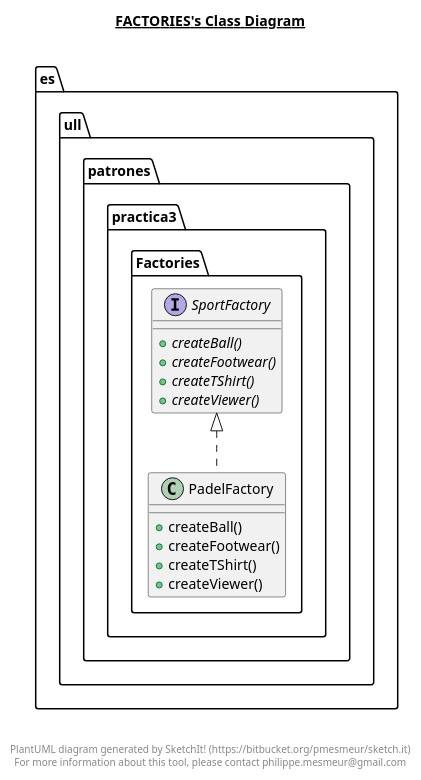
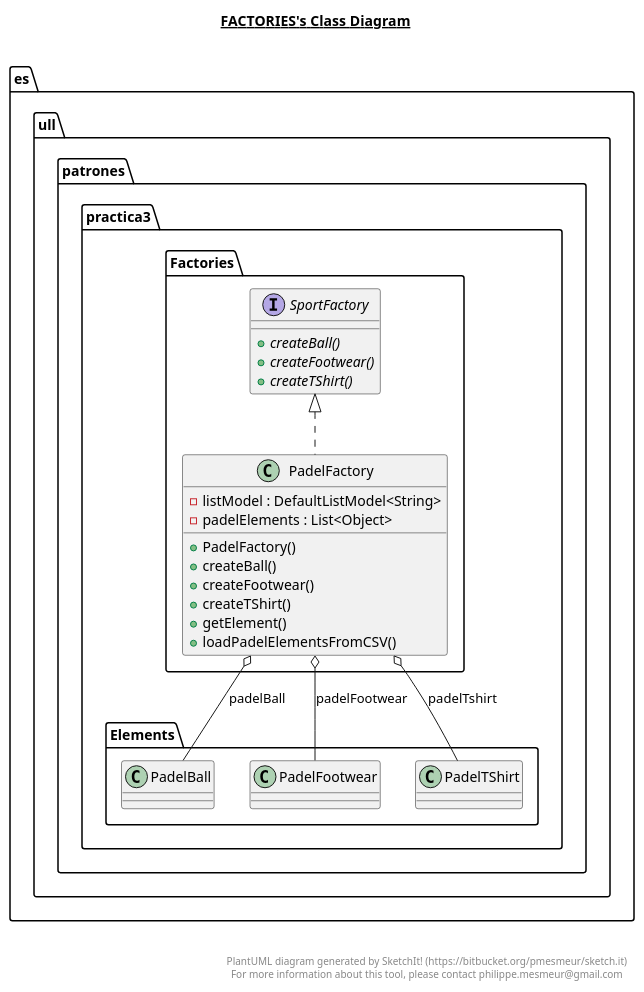
The diagram in src/main/java/es/ull/patrones/practica3/Factories/Factories.plantuml (garciarodrigo99/AbstractFactory), drawn with PlantUML before and after one commit. The commit also changed 17 other files, not shown here.

```diff
--- a/src/main/java/es/ull/patrones/practica3/Factories/Factories.plantuml
+++ b/src/main/java/es/ull/patrones/practica3/Factories/Factories.plantuml
@@ -1,39 +1,41 @@
 @startuml
 
 title __FACTORIES's Class Diagram__\n
 
-  namespace es.ull.patrones.practica3 {
-    namespace Factories {
-      class es.ull.patrones.practica3.Factories.PadelFactory {
-          + createBall()
-          + createFootwear()
-          + createTShirt()
-          + createViewer()
-      }
+  namespace es.ull.patrones.practica3.Factories {
+    class es.ull.patrones.practica3.Factories.PadelFactory {
+        - listModel : DefaultListModel<String>
+        - padelElements : List<Object>
+        + PadelFactory()
+        + createBall()
+        + createFootwear()
+        + createTShirt()
+        + getElement()
+        + loadPadelElementsFromCSV()
     }
   }
   
 
-  namespace es.ull.patrones.practica3 {
-    namespace Factories {
-      interface es.ull.patrones.practica3.Factories.SportFactory {
-          {abstract} + createBall()
-          {abstract} + createFootwear()
-          {abstract} + createTShirt()
-          {abstract} + createViewer()
-      }
+  namespace es.ull.patrones.practica3.Factories {
+    interface es.ull.patrones.practica3.Factories.SportFactory {
+        {abstract} + createBall()
+        {abstract} + createFootwear()
+        {abstract} + createTShirt()
     }
   }
   
 
   es.ull.patrones.practica3.Factories.PadelFactory .up.|> es.ull.patrones.practica3.Factories.SportFactory
+  es.ull.patrones.practica3.Factories.PadelFactory o-- es.ull.patrones.practica3.Elements.PadelBall : padelBall
+  es.ull.patrones.practica3.Factories.PadelFactory o-- es.ull.patrones.practica3.Elements.PadelFootwear : padelFootwear
+  es.ull.patrones.practica3.Factories.PadelFactory o-- es.ull.patrones.practica3.Elements.PadelTShirt : padelTshirt
 
 
 right footer
 
 
 PlantUML diagram generated by SketchIt! (https://bitbucket.org/pmesmeur/sketch.it)
 For more information about this tool, please contact philippe.mesmeur@gmail.com
 endfooter
 
 @enduml
```
